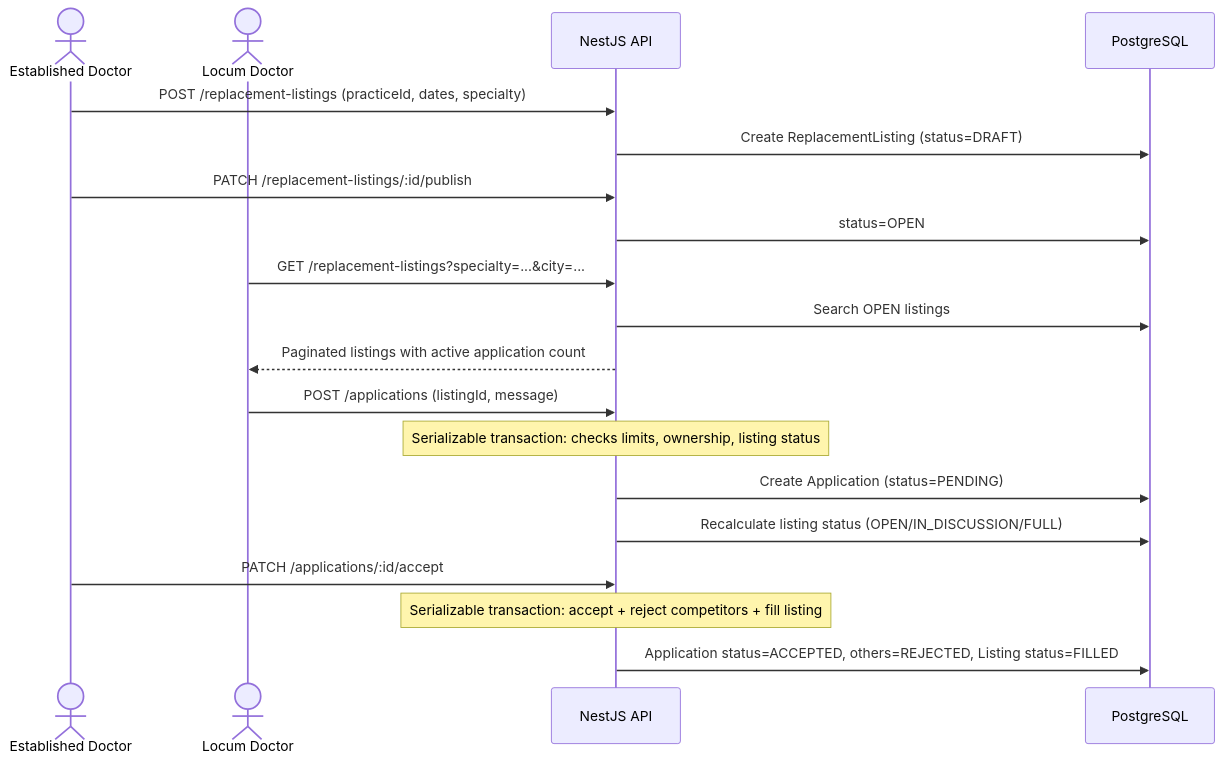
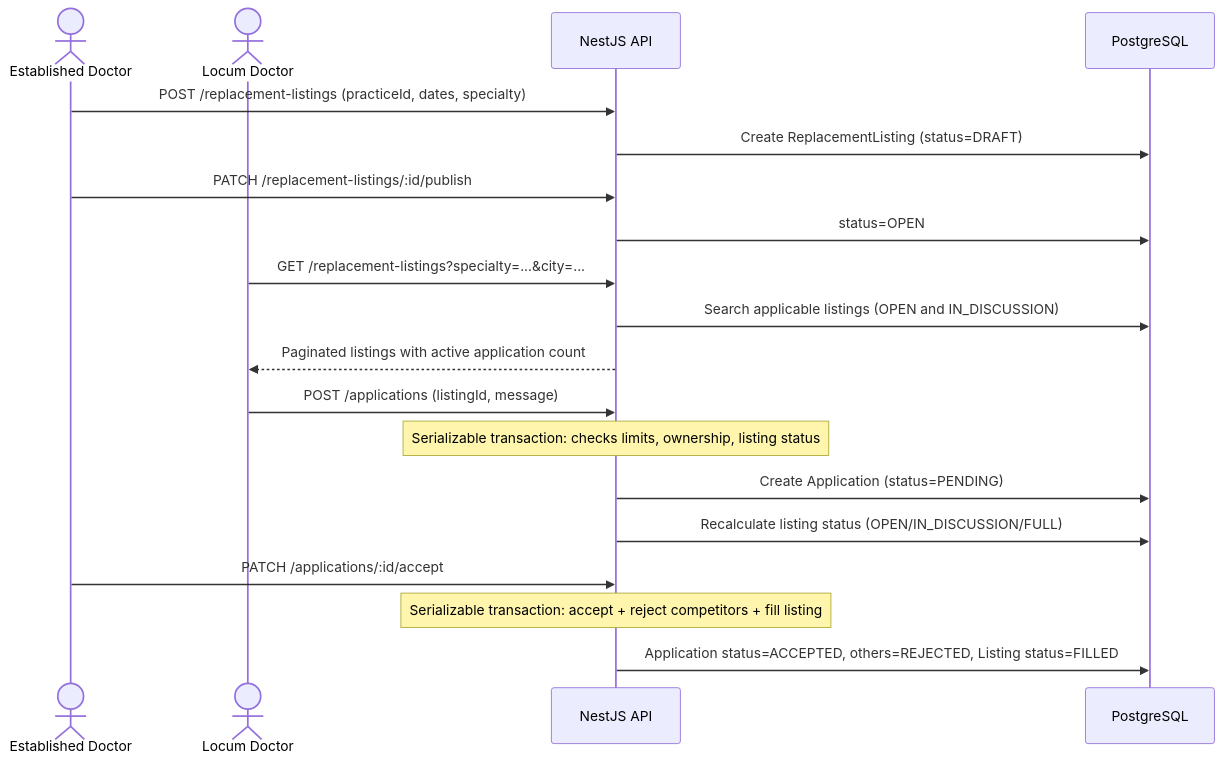
Before and after one commit to lellis-group/kineo-nest-backend: the fourth of 6 diagrams in README.md, drawn with Mermaid. The commit also changed 4 other files, not shown here.

First line of the commit message:
fix(feed): expose IN_DISCUSSION listings and make card ranking deterministic (F5+F6)

````diff
--- a/README.md
+++ b/README.md
@@ -205,25 +205,25 @@
 ```mermaid
 sequenceDiagram
     actor I as Established Doctor
     actor R as Locum Doctor
     participant API as NestJS API
     participant DB as PostgreSQL
 
     I->>API: POST /replacement-listings (practiceId, dates, specialty)
     API->>DB: Create ReplacementListing (status=DRAFT)
     I->>API: PATCH /replacement-listings/:id/publish
     API->>DB: status=OPEN
 
     R->>API: GET /replacement-listings?specialty=...&city=...
-    API->>DB: Search OPEN listings
+    API->>DB: Search applicable listings (OPEN and IN_DISCUSSION)
     API-->>R: Paginated listings with active application count
 
     R->>API: POST /applications (listingId, message)
     Note over API: Serializable transaction: checks limits, ownership, listing status
     API->>DB: Create Application (status=PENDING)
     API->>DB: Recalculate listing status (OPEN/IN_DISCUSSION/FULL)
 
     I->>API: PATCH /applications/:id/accept
     Note over API: Serializable transaction: accept + reject competitors + fill listing
     API->>DB: Application status=ACCEPTED, others=REJECTED, Listing status=FILLED
 ```
````
